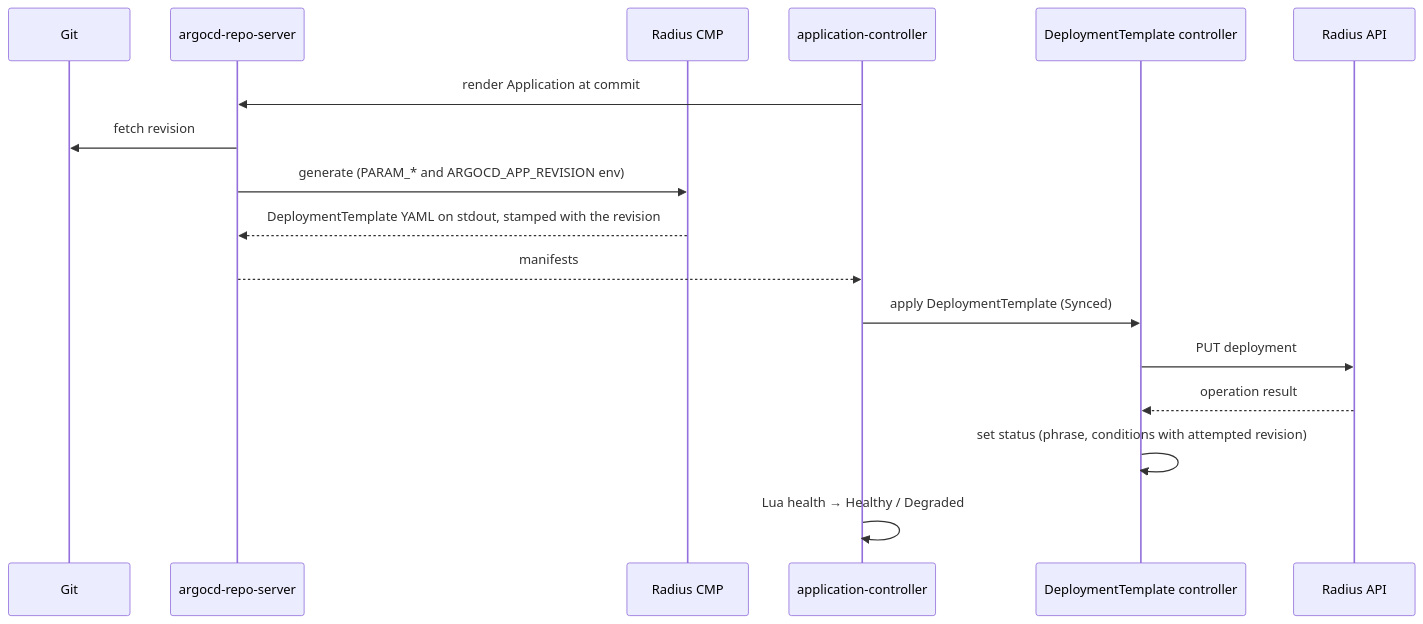
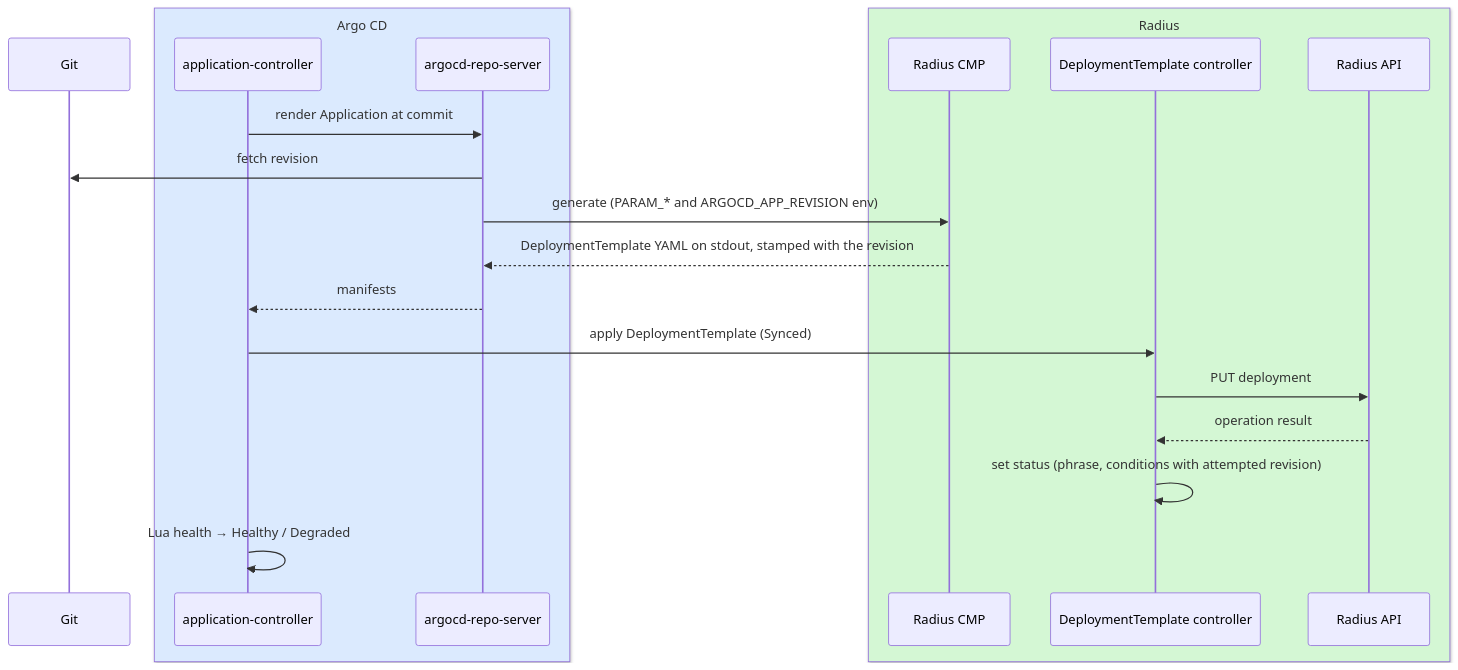
One commit to radius-project/radius changed the second of 3 diagrams in eng/design-notes/gitops/2026-10-argocd-functional-spec.md. Above: the diagram before and after it, drawn with Mermaid.

Commit message:
docs: color-code Argo CD and Radius participants in sequence diagram

````diff
--- a/eng/design-notes/gitops/2026-10-argocd-functional-spec.md
+++ b/eng/design-notes/gitops/2026-10-argocd-functional-spec.md
@@ -248,19 +248,23 @@
 ```mermaid
 sequenceDiagram
     participant Git
-    participant RS as argocd-repo-server
-    participant CMP as Radius CMP
-    participant AC as application-controller
-    participant DTC as DeploymentTemplate controller
-    participant API as Radius API
+    box rgb(219, 234, 254) Argo CD
+        participant AC as application-controller
+        participant RS as argocd-repo-server
+    end
+    box rgb(212, 247, 212) Radius
+        participant CMP as Radius CMP
+        participant DTC as DeploymentTemplate controller
+        participant API as Radius API
+    end
     AC->>RS: render Application at commit
     RS->>Git: fetch revision
     RS->>CMP: generate (PARAM_* and ARGOCD_APP_REVISION env)
     CMP-->>RS: DeploymentTemplate YAML on stdout, stamped with the revision
     RS-->>AC: manifests
     AC->>DTC: apply DeploymentTemplate (Synced)
     DTC->>API: PUT deployment
     API-->>DTC: operation result
     DTC->>DTC: set status (phrase, conditions with attempted revision)
     AC->>AC: Lua health → Healthy / Degraded
 ```
````
